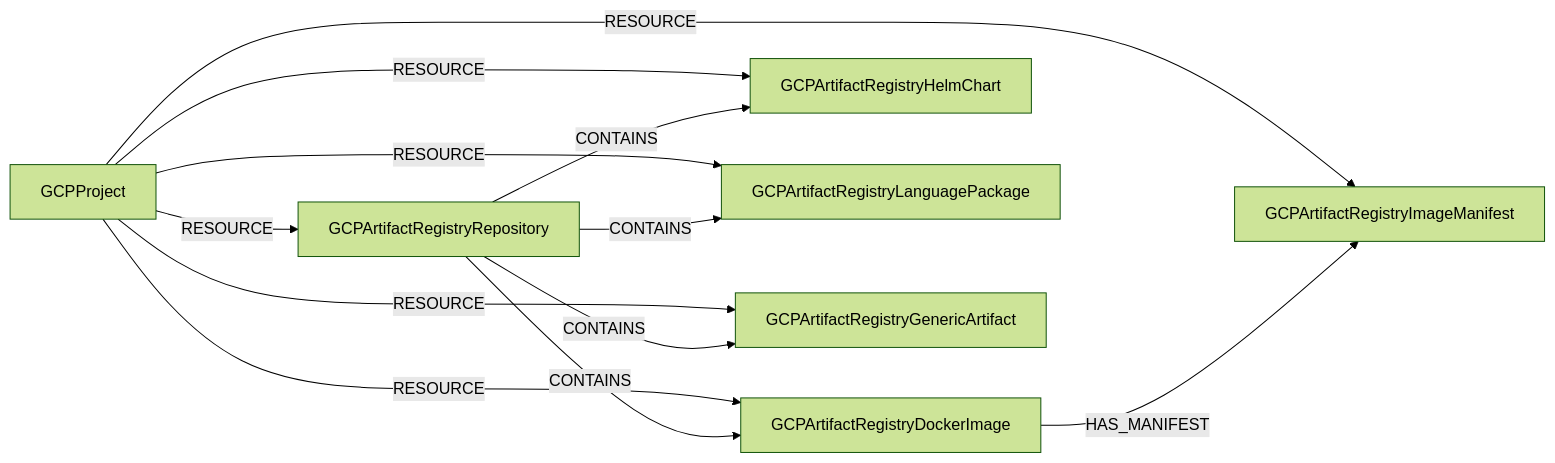
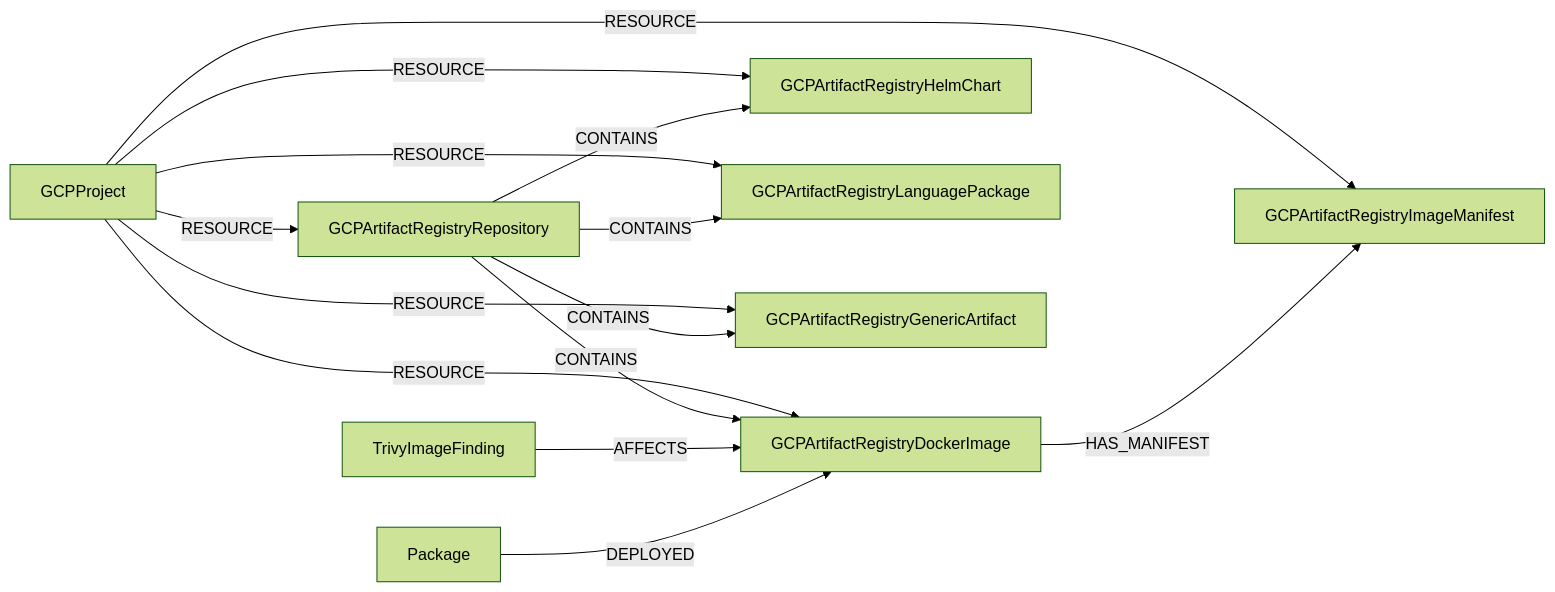
The second of 2 diagrams in docs/root/modules/gcp/schema.md (cartography-cncf/cartography), drawn with Mermaid (forest theme) before and after one commit. The commit also changed other lines of this file and 11 other files, not shown here.

````diff
--- a/docs/root/modules/gcp/schema.md
+++ b/docs/root/modules/gcp/schema.md
@@ -1444,22 +1444,26 @@
 ```mermaid
 graph LR
     Project[GCPProject]
     Repository[GCPArtifactRegistryRepository]
     DockerImage[GCPArtifactRegistryDockerImage]
     HelmChart[GCPArtifactRegistryHelmChart]
     LanguagePackage[GCPArtifactRegistryLanguagePackage]
     GenericArtifact[GCPArtifactRegistryGenericArtifact]
     Manifest[GCPArtifactRegistryImageManifest]
+    TrivyFinding[TrivyImageFinding]
+    Package[Package]
 
     Project -->|RESOURCE| Repository
     Project -->|RESOURCE| DockerImage
     Project -->|RESOURCE| HelmChart
     Project -->|RESOURCE| LanguagePackage
     Project -->|RESOURCE| GenericArtifact
     Project -->|RESOURCE| Manifest
     Repository -->|CONTAINS| DockerImage
     Repository -->|CONTAINS| HelmChart
     Repository -->|CONTAINS| LanguagePackage
     Repository -->|CONTAINS| GenericArtifact
     DockerImage -->|HAS_MANIFEST| Manifest
+    TrivyFinding -->|AFFECTS| DockerImage
+    Package -->|DEPLOYED| DockerImage
 ```
````
